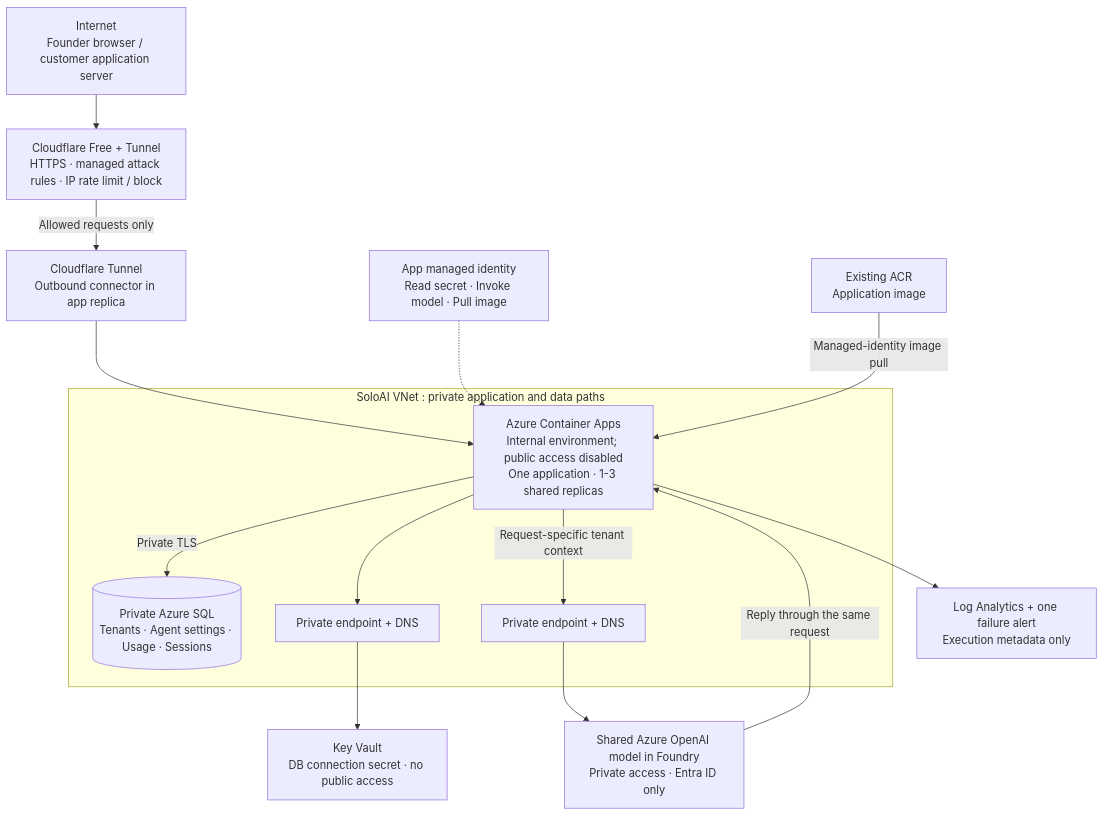
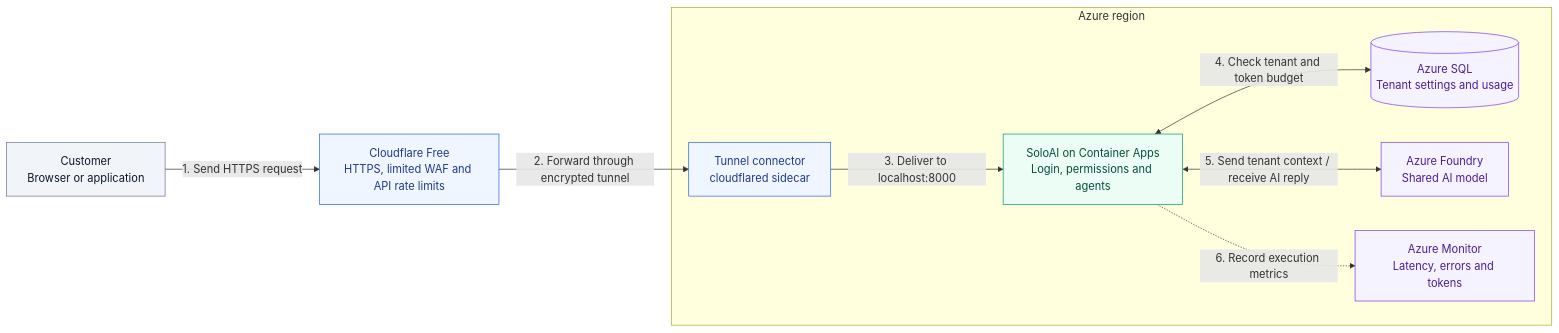
The first of 5 diagrams in docs/ARCHITECTURE.md (sumitsharma01/soloai), drawn with Mermaid before and after one commit. The commit also changed other lines of this file and 2 other files, not shown here.

Commit message:
Simplify Cloudflare architecture with numbered request steps

````diff
--- a/docs/ARCHITECTURE.md
+++ b/docs/ARCHITECTURE.md
@@ -7,30 +7,29 @@
 ```mermaid
-flowchart TB
-    internet["Internet<br/>Founder browser / customer application server"]
-    edge["Cloudflare Free + Tunnel<br/>HTTPS · managed attack rules · IP rate limit / block"]
-    privateOrigin["Cloudflare Tunnel<br/>Outbound connector in app replica"]
+flowchart LR
+  U["Customer<br/>Browser or application"]
+  C["Cloudflare Free<br/>HTTPS, limited WAF and API rate limits"]
 
-    subgraph vnet["SoloAI VNet :  private application and data paths"]
-      app["Azure Container Apps<br/>Internal environment; public access disabled<br/>One application · 1-3 shared replicas"]
-      db[("Private Azure SQL<br/>Tenants · Agent settings · Usage · Sessions")]
-      vaultEndpoint["Private endpoint + DNS"]
-      modelEndpoint["Private endpoint + DNS"]
-    end
+  subgraph Azure["Azure region"]
+    T["Tunnel connector<br/>cloudflared sidecar"]
+    A["SoloAI on Container Apps<br/>Login, permissions and agents"]
+    D[("Azure SQL<br/>Tenant settings and usage")]
+    F["Azure Foundry<br/>Shared AI model"]
+    M["Azure Monitor<br/>Latency, errors and tokens"]
+  end
 
-    vault["Key Vault<br/>DB connection secret · no public access"]
-    model["Shared Azure OpenAI model in Foundry<br/>Private access · Entra ID only"]
-    identity["App managed identity<br/>Read secret · Invoke model · Pull image"]
-    acr["Existing ACR<br/>Application image"]
-    monitor["Log Analytics + one failure alert<br/>Execution metadata only"]
+  U -->|"1. Send HTTPS request"| C
+  C -->|"2. Forward through encrypted tunnel"| T
+  T -->|"3. Deliver to localhost:8000"| A
+  A <-->|"4. Check tenant and token budget"| D
+  A <-->|"5. Send tenant context / receive AI reply"| F
+  A -.->|"6. Record execution metrics"| M
 
-    internet --> edge
-    edge -->|"Allowed requests only"| privateOrigin
-    privateOrigin --> app
-    app -->|"Private TLS"| db
-    app --> vaultEndpoint --> vault
-    app -->|"Request-specific tenant context"| modelEndpoint --> model
-    model -->|"Reply through the same request"| app
-    identity -.-> app
-    acr -->|"Managed-identity image pull"| app
-    app --> monitor
+  classDef client fill:#F1F5F9,stroke:#64748B,color:#0F172A
+  classDef routing fill:#EFF6FF,stroke:#2563EB,color:#1E3A8A
+  classDef app fill:#ECFDF5,stroke:#059669,color:#064E3B
+  classDef data fill:#F5F3FF,stroke:#7C3AED,color:#4C1D95
+  class U client
+  class C,T routing
+  class A app
+  class D,F,M data
 ```
````
